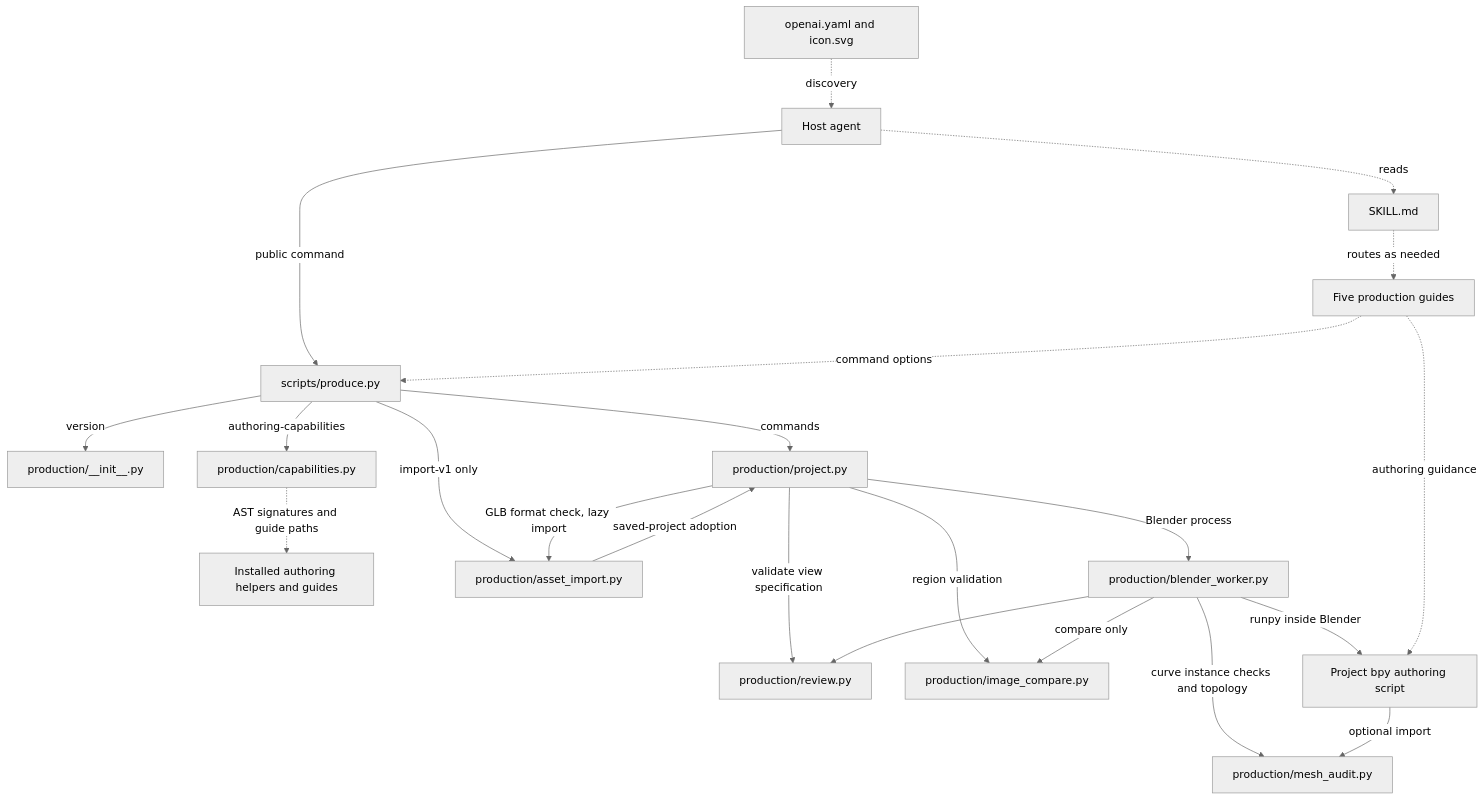
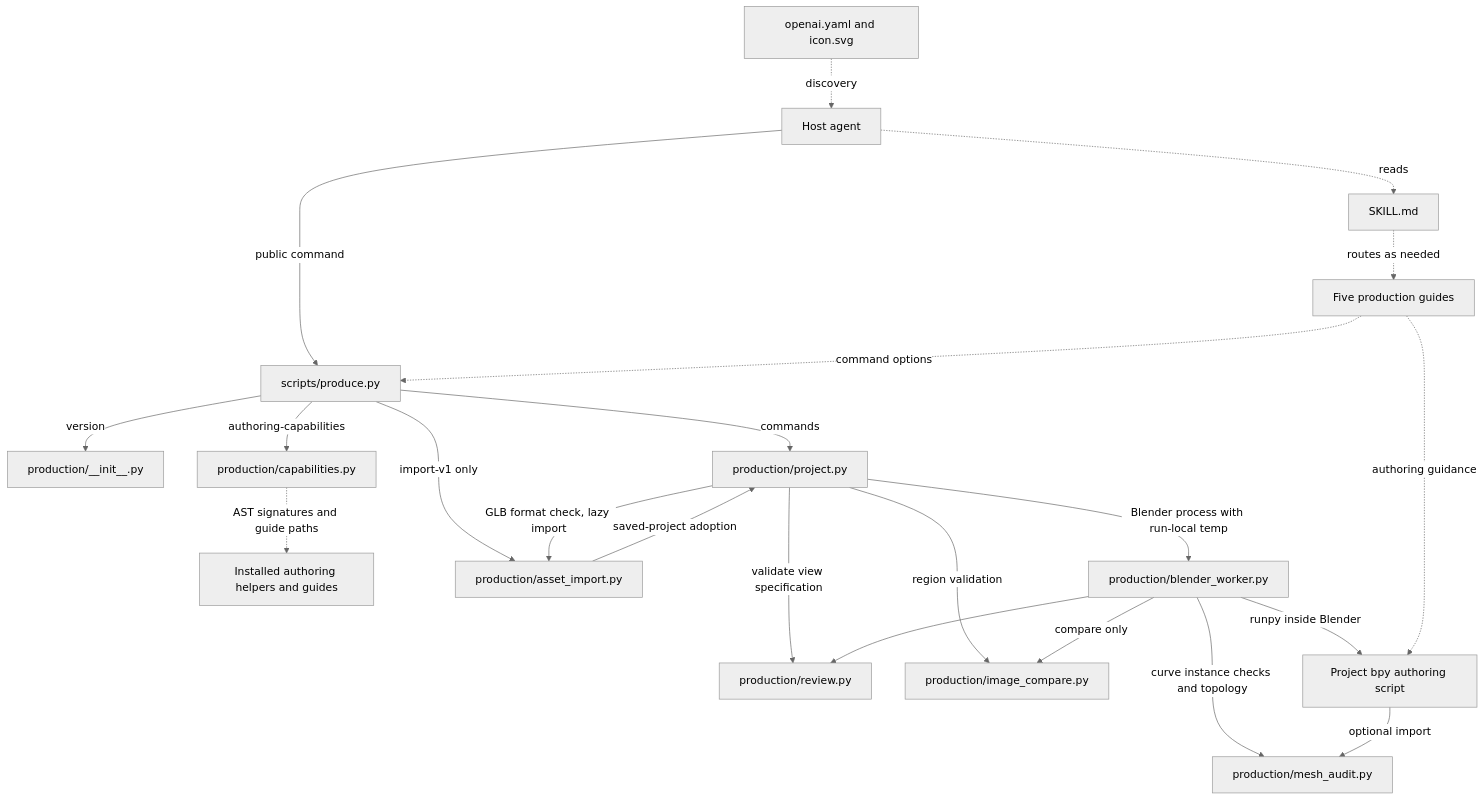
The first of 2 diagrams in docs/development/refas-2-skill-map.md (ictseoyoungmin/refas), drawn with Mermaid (neutral theme) before and after one commit. The commit also changed other lines of this file and 6 other files, not shown here.

Commit message:
fix(rendering): retain native crash evidence per production run

````diff
--- a/docs/development/refas-2-skill-map.md
+++ b/docs/development/refas-2-skill-map.md
@@ -22,26 +22,26 @@
 ```mermaid
 flowchart TD
     Discovery["openai.yaml and icon.svg"] -. "discovery" .-> Agent["Host agent"]
     Agent -. "reads" .-> Skill["SKILL.md"]
     Skill -. "routes as needed" .-> Guides["Five production guides"]
     Agent -- "public command" --> CLI["scripts/produce.py"]
     Guides -. "command options" .-> CLI
 
     CLI -- "version" --> Identity["production/__init__.py"]
     CLI -- "authoring-capabilities" --> Catalogue["production/capabilities.py"]
     Catalogue -. "AST signatures and guide paths" .-> Helpers["Installed authoring helpers and guides"]
     CLI -- "commands" --> Project["production/project.py"]
     CLI -- "import-v1 only" --> Import["production/asset_import.py"]
     Project -- "GLB format check, lazy import" --> Import
     Import -- "saved-project adoption" --> Project
 
     Project -- "validate view specification" --> Review["production/review.py"]
-    Project -- "Blender process" --> Worker["production/blender_worker.py"]
+    Project -- "Blender process with run-local temp" --> Worker["production/blender_worker.py"]
     Worker --> Review
     Project -- "region validation" --> Comparison["production/image_compare.py"]
     Worker -- "compare only" --> Comparison
     Worker -- "curve instance checks and topology" --> Audit["production/mesh_audit.py"]
     Worker -- "runpy inside Blender" --> Script["Project bpy authoring script"]
     Guides -. "authoring guidance" .-> Script
     Script -- "optional import" --> Audit
 ```
````
